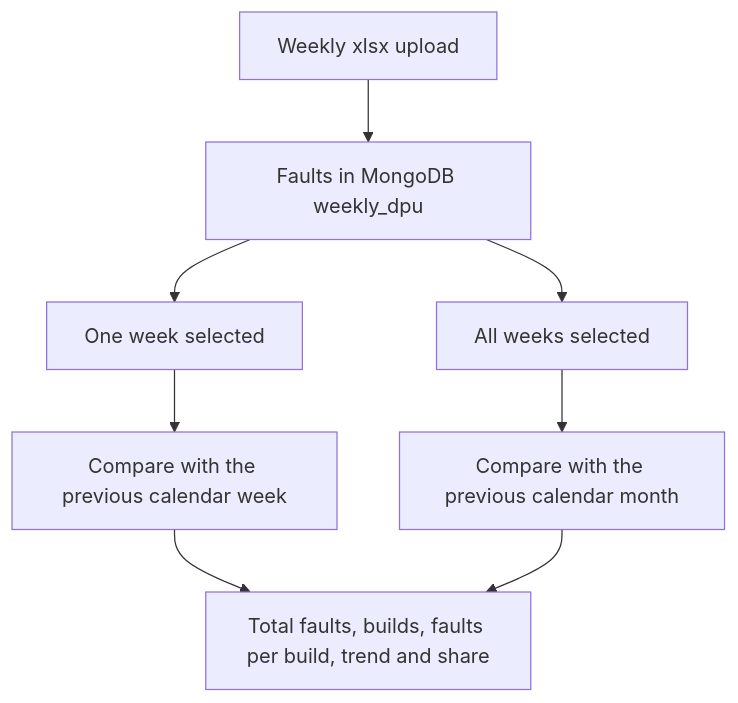
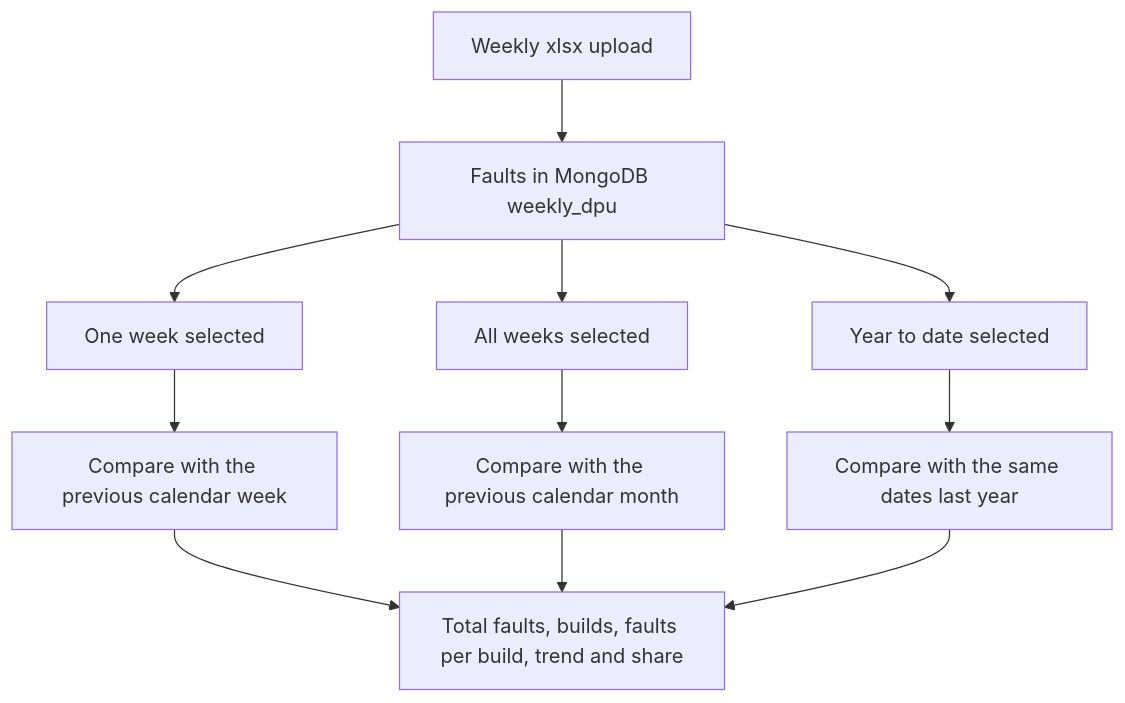
The second of 2 diagrams in README.md (BigTrip1/weekly-dpu), drawn with Mermaid before and after one commit. The commit also changed other lines of this file and 24 other files, not shown here.

Commit message:
Add Analytics page, year to date filter, chart drill-downs, extended mappings and JCB logo

````diff
--- a/README.md
+++ b/README.md
@@ -61,10 +63,13 @@
 ```mermaid
 flowchart TD
   upload["Weekly xlsx upload"] --> stored["Faults in MongoDB weekly_dpu"]
   stored --> weekView["One week selected"]
   stored --> monthView["All weeks selected"]
+  stored --> ytdView["Year to date selected"]
   weekView --> prevWeek["Compare with the previous calendar week"]
   monthView --> prevMonth["Compare with the previous calendar month"]
+  ytdView --> prevYear["Compare with the same dates last year"]
   prevWeek --> tiles["Total faults, builds, faults per build, trend and share"]
   prevMonth --> tiles
+  prevYear --> tiles
 ```
````
